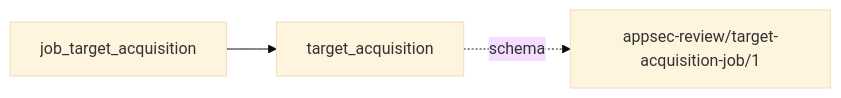
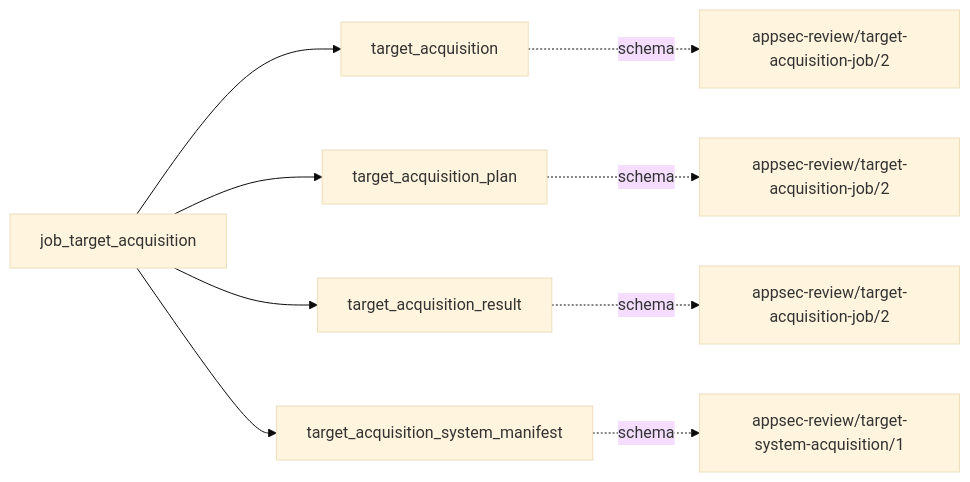
The diagram in docs/operations/job_target_acquisition.md (wsollers/appsec-review), drawn with Mermaid (base theme) before and after one commit. The commit also changed other lines of this file and 24 other files, not shown here.

````diff
--- a/docs/operations/job_target_acquisition.md
+++ b/docs/operations/job_target_acquisition.md
@@ -65,8 +68,20 @@
 ```mermaid
 flowchart LR
   job["job_target_acquisition"]
   output0["target_acquisition"]
-  output_schema0["appsec-review/target-acquisition-job/1"]
+  output_schema0["appsec-review/target-acquisition-job/2"]
   job --> output0
   output0 -. schema .-> output_schema0
+  output1["target_acquisition_plan"]
+  output_schema1["appsec-review/target-acquisition-job/2"]
+  job --> output1
+  output1 -. schema .-> output_schema1
+  output2["target_acquisition_result"]
+  output_schema2["appsec-review/target-acquisition-job/2"]
+  job --> output2
+  output2 -. schema .-> output_schema2
+  output3["target_acquisition_system_manifest"]
+  output_schema3["appsec-review/target-system-acquisition/1"]
+  job --> output3
+  output3 -. schema .-> output_schema3
 ```
````
